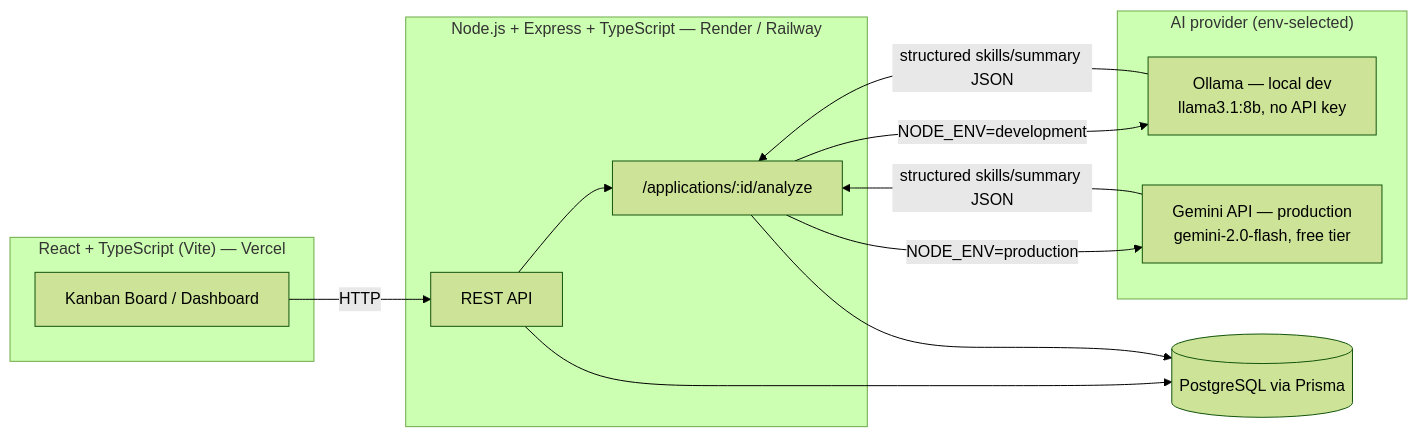
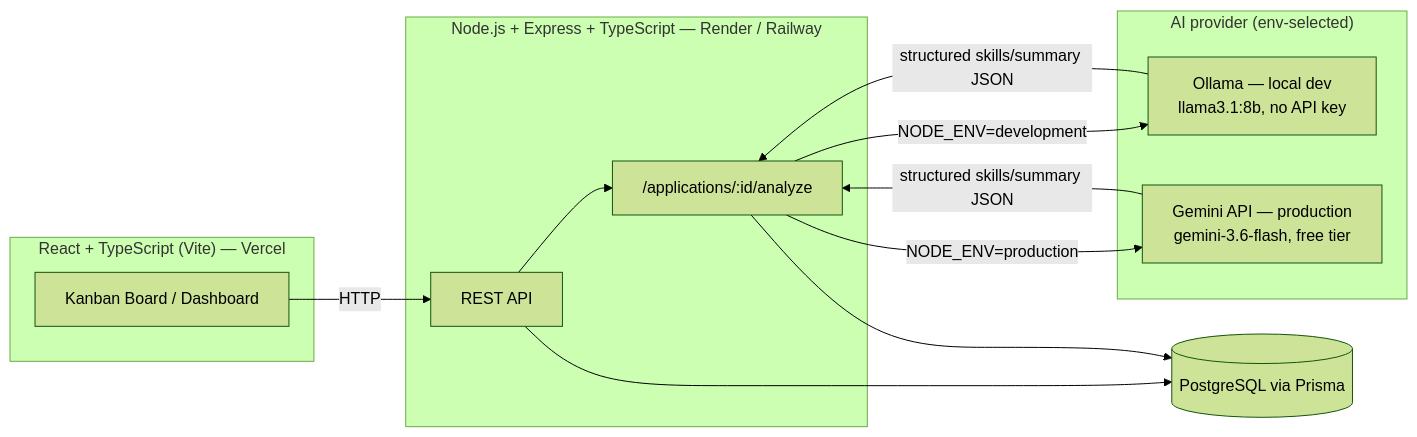
One commit to AryanVarmora/job-application-tracker changed the diagram in README.md. Above: the diagram before and after it, drawn with Mermaid (forest theme). The commit also changed other lines of this file and 4 other files, not shown here.

First line of the commit message:
fix(ai): switch Gemini default model to gemini-3.6-flash

````diff
--- a/README.md
+++ b/README.md
@@ -26,27 +26,27 @@
 ```mermaid
 flowchart LR
     subgraph Client["React + TypeScript (Vite) — Vercel"]
         UI[Kanban Board / Dashboard]
     end
 
     subgraph Server["Node.js + Express + TypeScript — Render / Railway"]
         API[REST API]
         Analyze["/applications/:id/analyze"]
     end
 
     subgraph AI["AI provider (env-selected)"]
         Ollama["Ollama — local dev\nllama3.1:8b, no API key"]
-        Gemini["Gemini API — production\ngemini-2.0-flash, free tier"]
+        Gemini["Gemini API — production\ngemini-3.6-flash, free tier"]
     end
 
     DB[(PostgreSQL via Prisma)]
 
     UI -- HTTP --> API
     API --> DB
     API --> Analyze
     Analyze -- "NODE_ENV=development" --> Ollama
     Analyze -- "NODE_ENV=production" --> Gemini
     Ollama -- structured skills/summary JSON --> Analyze
     Gemini -- structured skills/summary JSON --> Analyze
     Analyze --> DB
 ```
````
